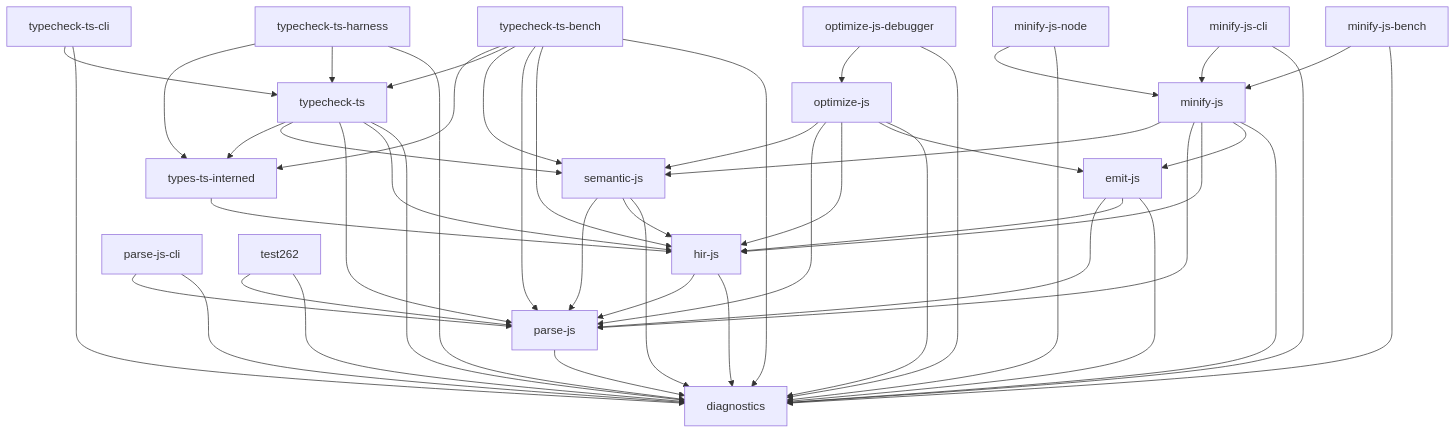
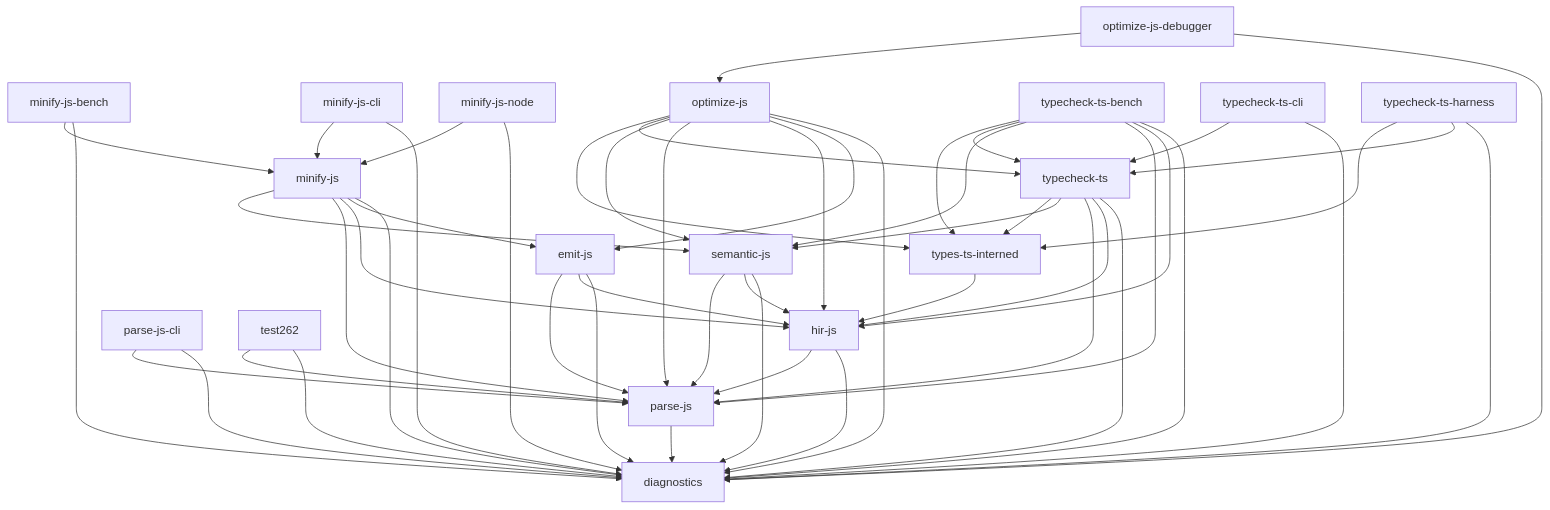
Before and after one commit to wilsonzlin/ecma-rs: the diagram in docs/deps.md, drawn with Mermaid. The commit also changed 4 other files, not shown here.

````diff
--- a/docs/deps.md
+++ b/docs/deps.md
@@ -7,69 +7,71 @@
 ```mermaid
 graph TD
     diagnostics["diagnostics"]
     emit_js["emit-js"]
     hir_js["hir-js"]
     minify_js["minify-js"]
     minify_js_bench["minify-js-bench"]
     minify_js_cli["minify-js-cli"]
     minify_js_node["minify-js-node"]
     optimize_js["optimize-js"]
     optimize_js_debugger["optimize-js-debugger"]
     parse_js["parse-js"]
     parse_js_cli["parse-js-cli"]
     semantic_js["semantic-js"]
     test262["test262"]
     typecheck_ts["typecheck-ts"]
     typecheck_ts_bench["typecheck-ts-bench"]
     typecheck_ts_cli["typecheck-ts-cli"]
     typecheck_ts_harness["typecheck-ts-harness"]
     types_ts_interned["types-ts-interned"]
     emit_js --> diagnostics
     emit_js --> hir_js
     emit_js --> parse_js
     hir_js --> diagnostics
     hir_js --> parse_js
     minify_js --> diagnostics
     minify_js --> emit_js
     minify_js --> hir_js
     minify_js --> parse_js
     minify_js --> semantic_js
     minify_js_bench --> diagnostics
     minify_js_bench --> minify_js
     minify_js_cli --> diagnostics
     minify_js_cli --> minify_js
     minify_js_node --> diagnostics
     minify_js_node --> minify_js
     optimize_js --> diagnostics
     optimize_js --> emit_js
     optimize_js --> hir_js
     optimize_js --> parse_js
     optimize_js --> semantic_js
+    optimize_js --> typecheck_ts
+    optimize_js --> types_ts_interned
     optimize_js_debugger --> diagnostics
     optimize_js_debugger --> optimize_js
     parse_js --> diagnostics
     parse_js_cli --> diagnostics
     parse_js_cli --> parse_js
     semantic_js --> diagnostics
     semantic_js --> hir_js
     semantic_js --> parse_js
     test262 --> diagnostics
     test262 --> parse_js
     typecheck_ts --> diagnostics
     typecheck_ts --> hir_js
     typecheck_ts --> parse_js
     typecheck_ts --> semantic_js
     typecheck_ts --> types_ts_interned
     typecheck_ts_bench --> diagnostics
     typecheck_ts_bench --> hir_js
     typecheck_ts_bench --> parse_js
     typecheck_ts_bench --> semantic_js
     typecheck_ts_bench --> typecheck_ts
     typecheck_ts_bench --> types_ts_interned
     typecheck_ts_cli --> diagnostics
     typecheck_ts_cli --> typecheck_ts
     typecheck_ts_harness --> diagnostics
     typecheck_ts_harness --> typecheck_ts
     typecheck_ts_harness --> types_ts_interned
     types_ts_interned --> hir_js
 ```
````
